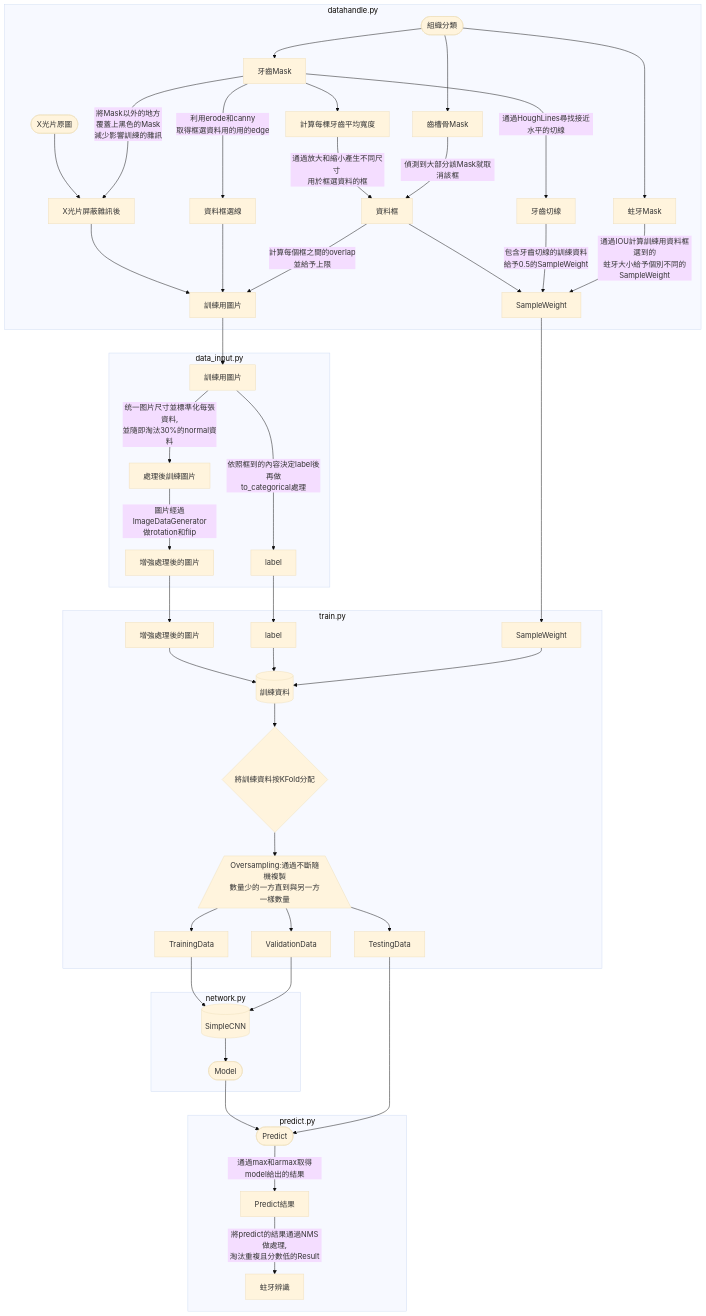
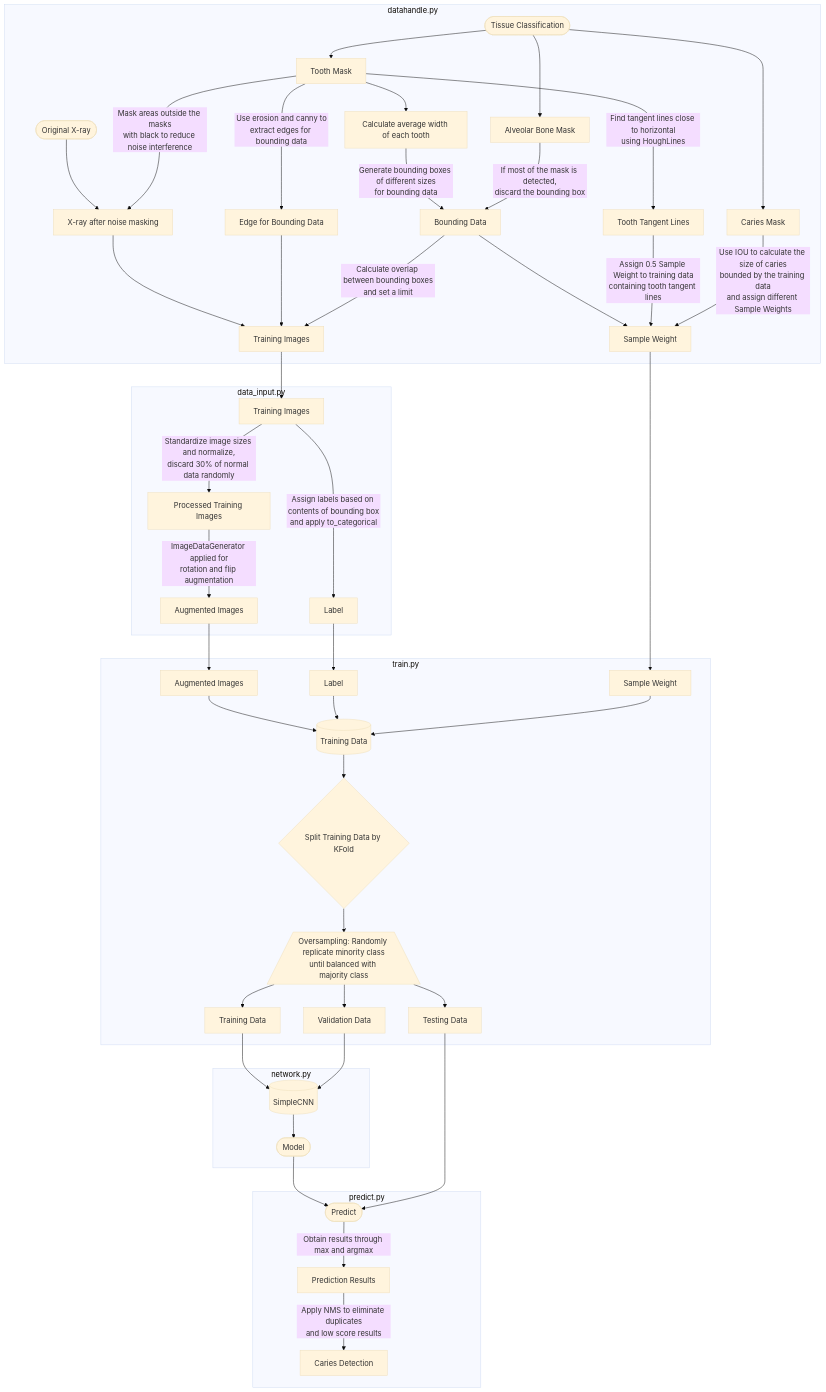
One commit to JasonYeongg/CariesDetection changed the diagram in Edge Frame Detection/README.md. Above: the diagram before and after it, drawn with Mermaid (base theme). The commit also changed other lines of this file, not shown here.

Commit message:
Update Edge Frame Detection README.md

````diff
--- a/Edge Frame Detection/README.md
+++ b/Edge Frame Detection/README.md
@@ -63,51 +63,51 @@
 ```mermaid
 flowchart TD
 subgraph datahandle.py
-A([X光片原圖]) --> F[X光片屏蔽雜訊後]
-B([組織分類]) --> C[牙齒Mask]
-B --> D[蛀牙Mask]
-B --> E[齒槽骨Mask]
-C --> G[計算每棵牙齒平均寬度]
-C -->|將Mask以外的地方 \n覆蓋上黑色的Mask \n減少影響訓練的雜訊| F
-C -->|利用erode和canny \n取得框選資料用的用的edge| H[資料框選線]
-G -->|通過放大和縮小產生不同尺寸 \n用於框選資料的框| I[資料框]
-E -->|偵測到大部分該Mask就取消該框| I
-F --> J[訓練用圖片]
+A([Original X-ray]) --> F[X-ray after noise masking]
+B([Tissue Classification]) --> C[Tooth Mask]
+B --> D[Caries Mask]
+B --> E[Alveolar Bone Mask]
+C --> G[Calculate average width of each tooth]
+C -->|Mask areas outside the masks\nwith black to reduce noise interference| F
+C -->|Use erosion and canny to\nextract edges for bounding data| H[Edge for Bounding Data]
+G -->|Generate bounding boxes of different sizes\nfor bounding data| I[Bounding Data]
+E -->|If most of the mask is detected,\ndiscard the bounding box| I
+F --> J[Training Images]
 H --> J
-I -->|計算每個框之間的overlap\n並給予上限| J
-C -->|通過HoughLines尋找接近水平的切線| K[牙齒切線]
-I --> L[SampleWeight]
-K -->|包含牙齒切線的訓練資料\n給予0.5的SampleWeight| L
-D -->|通過IOU計算訓練用資料框選到的\n蛀牙大小給予個別不同的SampleWeight| L
+I -->|Calculate overlap between bounding boxes\nand set a limit| J
+C -->|Find tangent lines close to horizontal\nusing HoughLines| K[Tooth Tangent Lines]
+I --> L[Sample Weight]
+K -->|Assign 0.5 Sample Weight to training data\ncontaining tooth tangent lines| L
+D -->|Use IOU to calculate the size of caries\nbounded by the training data\nand assign different Sample Weights| L
 end
 subgraph data_input.py
-J --> J1[訓練用圖片]
-J1 -->|统一图片尺寸並標準化每張資料,\n並隨即淘汰30%的normal資料| M[處理後訓練圖片]
-J1 -->|依照框到的內容決定label後再做\nto_categorical處理| N[label]
-M -->|圖片經過ImageDataGenerator\n做rotation和flip| O[增強處理後的圖片]
+J --> J1[Training Images]
+J1 -->|Standardize image sizes and normalize,\ndiscard 30% of normal data randomly| M[Processed Training Images]
+J1 -->|Assign labels based on contents of bounding box\nand apply to_categorical| N[Label]
+M -->|ImageDataGenerator applied for\nrotation and flip augmentation| O[Augmented Images]
 end
 subgraph train.py
-O --> O1[增強處理後的圖片]
-N --> N1[label]
-L --> L1[SampleWeight]
-O1 --> P0[(訓練資料)]
+O --> O1[Augmented Images]
+N --> N1[Label]
+L --> L1[Sample Weight]
+O1 --> P0[(Training Data)]
 N1 --> P0
 L1 --> P0
-P0 --> P{將訓練資料按KFold分配}
-P --> Q[/Oversampling:通過不斷隨機複製\n數量少的一方直到與另一方一樣數量\]
-Q --> Q1[TrainingData]
-Q --> Q2[ValidationData]
-Q --> Q3[TestingData]
+P0 --> P{Split Training Data by KFold}
+P --> Q[/Oversampling: Randomly replicate minority class\nuntil balanced with majority class\]
+Q --> Q1[Training Data]
+Q --> Q2[Validation Data]
+Q --> Q3[Testing Data]
 end
 subgraph network.py
 Q1 --> R[(SimpleCNN)]
 Q2 --> R[(SimpleCNN)]
 R --> S([Model])
 end
 subgraph predict.py
 S --> S1([Predict])
 Q3 --> S1
-S1 --> |通過max和armax取得model給出的結果| SA[Predict結果]
-SA --> |將predict的結果通過NMS做處理,\n淘汰重複且分數低的Result| SR[蛀牙辨識]
+S1 --> |Obtain results through max and argmax| SA[Prediction Results]
+SA --> |Apply NMS to eliminate duplicates\nand low score results| SR[Caries Detection]
 end
 ```
````
